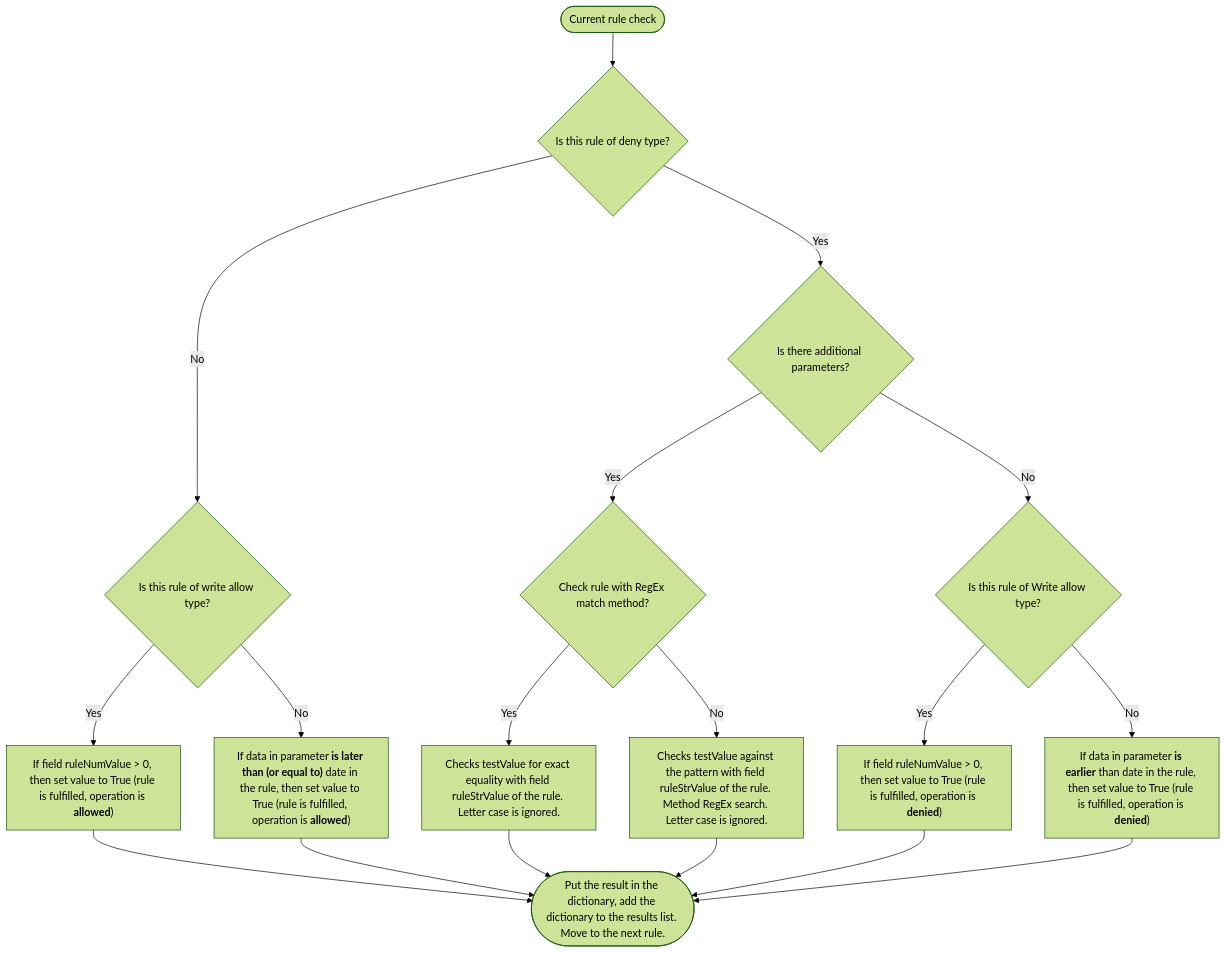
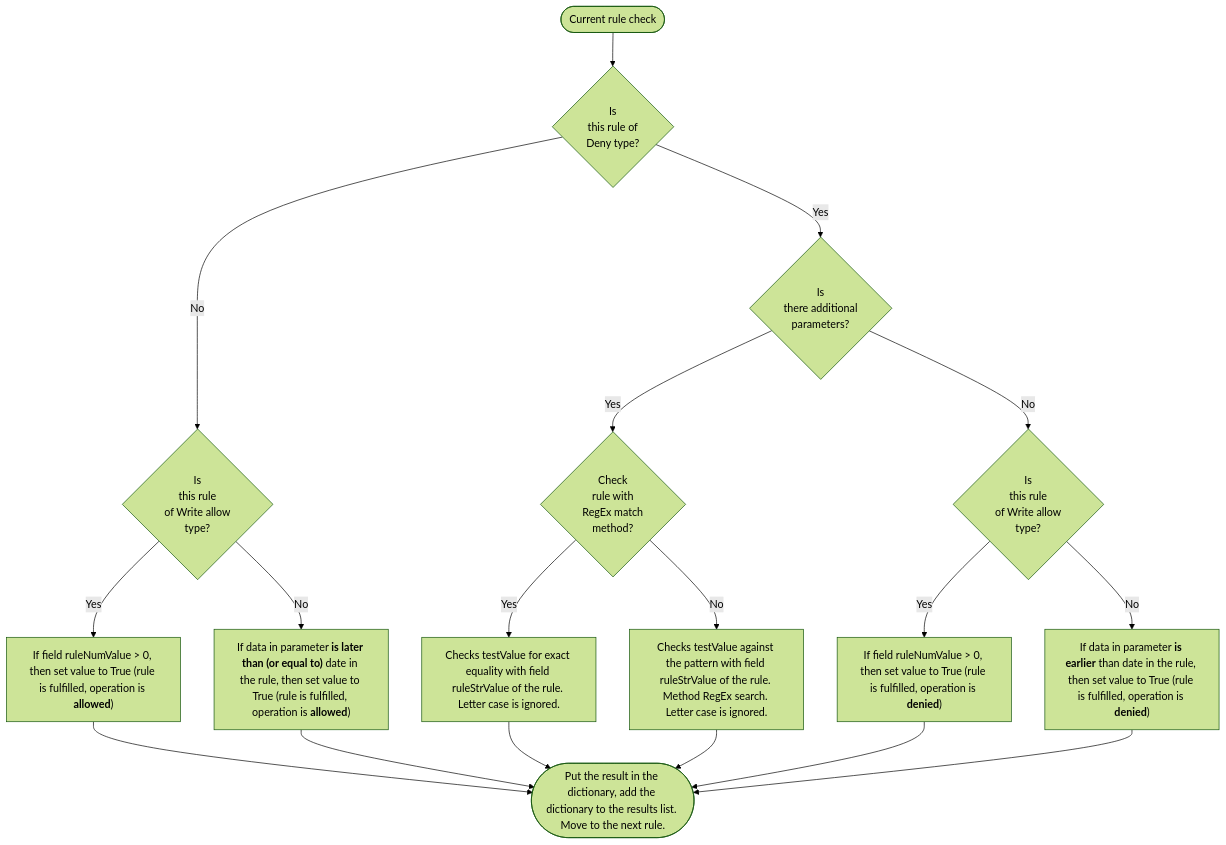
Before and after one commit to SergeMiletos/permissions1CExtRules: the first of 2 diagrams in README.md, drawn with Mermaid (forest theme). The commit also changed other lines of this file and 2 other files, not shown here.

````diff
--- a/README.md
+++ b/README.md
@@ -25,21 +55,21 @@
 ```mermaid
 flowchart TD
-    A([Current rule check]) --> B{Is this rule of deny type?}
-    B -->|No| AllowRuleCheck{Is this rule of write allow type?}
+    A([Current rule check]) --> B{Is</br>this rule of</br>Deny type?}
+    B -->|No| AllowRuleCheck{Is</br>this rule</br>of Write allow</br>type?}
     AllowRuleCheck --> |Yes|WriteEnabledCheckAllowRule["`If field ruleNumValue > 0, then set value to True (rule is fulfilled, operation is **allowed**)`"]
     AllowRuleCheck --> |No|CheckObjectDateAllowRule["`If data in parameter **is later than (or equal to)** date in the rule, then set value to True (rule is fulfilled, operation is **allowed**)`"]
     WriteEnabledCheckAllowRule --> MainCheckFinished
     CheckObjectDateAllowRule --> MainCheckFinished
     %% For the rules with Allow type check result of True means to Allow operation, For the rules with Deny type - operation denied, respectively
-    B -->|Yes| C{Is there additional parameters?}
-    C -->|No| SimpleChecks{Is this rule of Write allow type?}
+    B -->|Yes| C{Is</br>there additional</br>parameters?}
+    C -->|No| SimpleChecks{Is</br>this rule</br>of Write allow</br>type?}
     SimpleChecks -->|Yes| WriteEnabledCheckDenyRule["`If field ruleNumValue > 0, then set value to True (rule is fulfilled, operation is **denied**)`"]
     SimpleChecks -->|No| CheckObjectDateDenyRule["`If data in parameter **is earlier** than date in the rule, then set value to True (rule is fulfilled, operation is **denied**)`"]
-    C -->|Yes| D{Check rule with RegEx match method?}
+    C -->|Yes| D{Check</br>rule with</br>RegEx match</br>method?}
     D -->|Yes| G["`Checks testValue for exact equality with field ruleStrValue of the rule. Letter case is ignored.`"]
     D -->|No| E["`Checks testValue against the pattern with field ruleStrValue of the rule. Method RegEx search. Letter case is ignored.`"]
     G --> MainCheckFinished
     E --> MainCheckFinished(["`Put the result in the dictionary, add the dictionary to the results list. Move to the next rule.`"])
     WriteEnabledCheckDenyRule --> MainCheckFinished
     CheckObjectDateDenyRule --> MainCheckFinished
 ```
````
